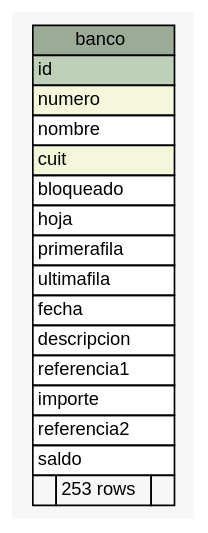
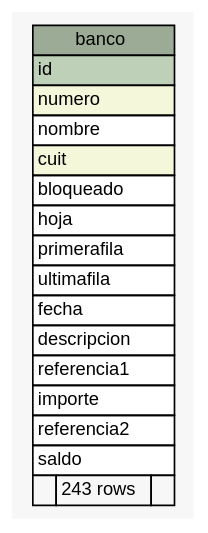
One commit to diegopablomansilla/massoftware_front changed the diagram in postgresql/schemaSpy/salida/diagrams/summary/banco.1degree.dot. Above: the diagram before and after it, drawn with Graphviz. The commit also changed 572 other files, not shown here.

```diff
--- a/postgresql/schemaSpy/salida/diagrams/summary/banco.1degree.dot
+++ b/postgresql/schemaSpy/salida/diagrams/summary/banco.1degree.dot
@@ -1,43 +1,43 @@
 // dot 2.2.1 on Windows 10 10.0
 // SchemaSpy rev 590
 digraph "banco" {
   graph [
     rankdir="RL"
     bgcolor="#f7f7f7"
     nodesep="0.18"
     ranksep="0.46"
     fontname="Helvetica"
     fontsize="11"
   ];
   node [
     fontname="Helvetica"
     fontsize="11"
     shape="plaintext"
   ];
   edge [
     arrowsize="0.8"
   ];
   "banco" [
     label=<
     <TABLE BORDER="0" CELLBORDER="1" CELLSPACING="0" BGCOLOR="#ffffff">
       <TR><TD COLSPAN="3" BGCOLOR="#9bab96" ALIGN="CENTER">banco</TD></TR>
       <TR><TD PORT="id" COLSPAN="3" BGCOLOR="#bed1b8" ALIGN="LEFT">id</TD></TR>
       <TR><TD PORT="numero" COLSPAN="3" BGCOLOR="#f4f7da" ALIGN="LEFT">numero</TD></TR>
       <TR><TD PORT="nombre" COLSPAN="3" ALIGN="LEFT">nombre</TD></TR>
       <TR><TD PORT="cuit" COLSPAN="3" BGCOLOR="#f4f7da" ALIGN="LEFT">cuit</TD></TR>
       <TR><TD PORT="bloqueado" COLSPAN="3" ALIGN="LEFT">bloqueado</TD></TR>
       <TR><TD PORT="hoja" COLSPAN="3" ALIGN="LEFT">hoja</TD></TR>
       <TR><TD PORT="primerafila" COLSPAN="3" ALIGN="LEFT">primerafila</TD></TR>
       <TR><TD PORT="ultimafila" COLSPAN="3" ALIGN="LEFT">ultimafila</TD></TR>
       <TR><TD PORT="fecha" COLSPAN="3" ALIGN="LEFT">fecha</TD></TR>
       <TR><TD PORT="descripcion" COLSPAN="3" ALIGN="LEFT">descripcion</TD></TR>
       <TR><TD PORT="referencia1" COLSPAN="3" ALIGN="LEFT">referencia1</TD></TR>
       <TR><TD PORT="importe" COLSPAN="3" ALIGN="LEFT">importe</TD></TR>
       <TR><TD PORT="referencia2" COLSPAN="3" ALIGN="LEFT">referencia2</TD></TR>
       <TR><TD PORT="saldo" COLSPAN="3" ALIGN="LEFT">saldo</TD></TR>
-      <TR><TD ALIGN="LEFT" BGCOLOR="#f7f7f7">  </TD><TD ALIGN="RIGHT" BGCOLOR="#f7f7f7">253 rows</TD><TD ALIGN="RIGHT" BGCOLOR="#f7f7f7">  </TD></TR>
+      <TR><TD ALIGN="LEFT" BGCOLOR="#f7f7f7">  </TD><TD ALIGN="RIGHT" BGCOLOR="#f7f7f7">243 rows</TD><TD ALIGN="RIGHT" BGCOLOR="#f7f7f7">  </TD></TR>
     </TABLE>>
     URL="tables/banco.html"
     tooltip="banco"
   ];
 }
```
